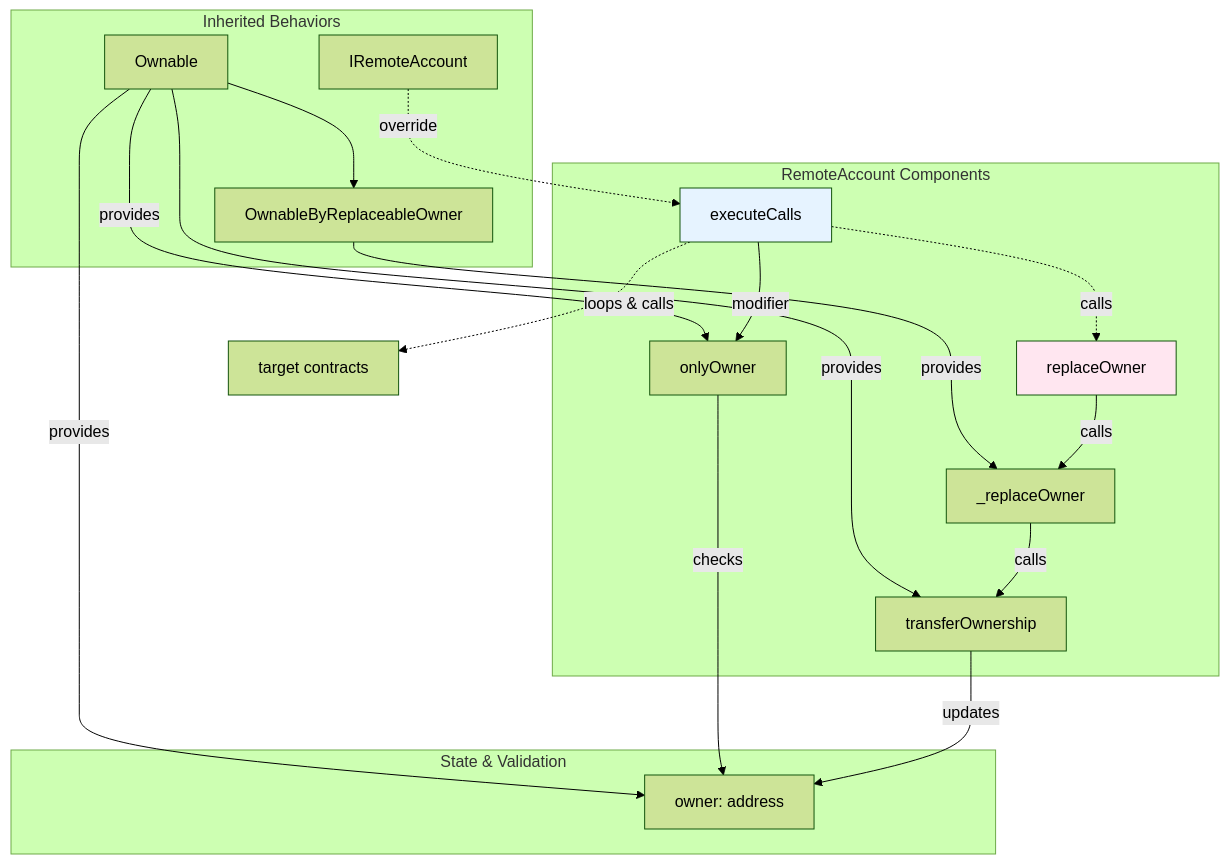
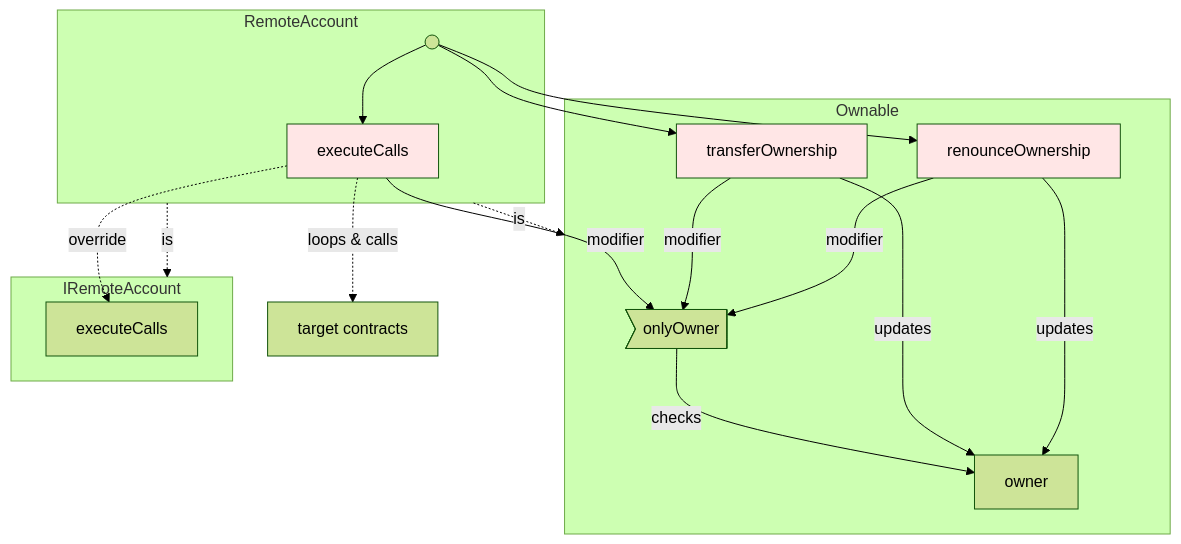
Before and after one commit to agoric-labs/agoric-to-axelar-local: the fourth of 8 diagrams in packages/axelar-local-dev-cosmos/src/contracts/design.md, drawn with Mermaid (forest theme). The commit also changed other lines of this file, not shown here.

Commit message:
Update diagrams for #65

````diff
--- a/packages/axelar-local-dev-cosmos/src/contracts/design.md
+++ b/packages/axelar-local-dev-cosmos/src/contracts/design.md
@@ -161,44 +194,43 @@
 ```mermaid
 graph TB
-    subgraph "Inherited Behaviors"
-        Ownable
-        OwnableByReplaceableOwner
-        IRemoteAccount
+    subgraph Ownable
+        owner
+        transferOwnership
+        renounceOwnership
+        %% modifiers
+        onlyOwner@{shape: odd}
+    end
+    subgraph IRemoteAccount
+        IRemoteAccount_executeCalls[executeCalls]
     end
     
-    subgraph "RemoteAccount Components"
+    subgraph RemoteAccount
+        START@{shape: start}
         executeCalls
-        replaceOwner
-        _replaceOwner
-        onlyOwner
-        transferOwnership
-    end
-    
-    subgraph "State & Validation"
-        owner[owner: address]
     end
     
     EXTERNAL[target contracts]
     
     %% inheritance
-    IRemoteAccount -.->|override| executeCalls
-    Ownable --> OwnableByReplaceableOwner
-    OwnableByReplaceableOwner -->|provides| _replaceOwner
-    Ownable -->|provides| onlyOwner
-    Ownable -->|provides| transferOwnership
-    Ownable -->|provides| owner
+    RemoteAccount -.->|is| Ownable
+    RemoteAccount -.->|is| IRemoteAccount
+    executeCalls -.->|override| IRemoteAccount_executeCalls
     
     %% operation
+    START --> executeCalls
+    START --> transferOwnership
+    START --> renounceOwnership
     executeCalls -->|modifier| onlyOwner
     executeCalls -.->|loops & calls| EXTERNAL
-    executeCalls -.->|calls| replaceOwner
-    replaceOwner -->|calls| _replaceOwner
-    _replaceOwner -->|calls| transferOwnership
+    transferOwnership -->|modifier| onlyOwner
+    renounceOwnership -->|modifier| onlyOwner
     
     %% state access
     onlyOwner -->|checks| owner
     transferOwnership -->|updates| owner
+    renounceOwnership -->|updates| owner
     
-    style executeCalls fill:#e6f3ff
-    style replaceOwner fill:#ffe6f0
+    style executeCalls fill:#ffe6e6
+    style transferOwnership fill:#ffe6e6
+    style renounceOwnership fill:#ffe6e6
 ```
````
